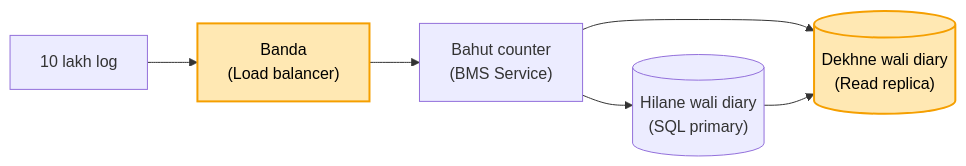
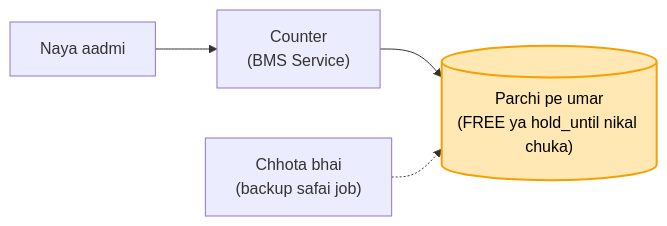
One commit to ArpanMaheshwari144/Prep changed the third of 6 diagrams in 04_HLD/SYSTEM_DESIGNS/09_bookmyshow/09_bookmyshow.md. Above: the diagram before and after it, drawn with Mermaid. The commit also changed other lines of this file and 17 other files, not shown here.

Commit message:
HLD: 17 main files hand notes se milaye (har block alag section, kahani + asli naam, mermaid), technical naam bhi rakhe

````diff
--- a/04_HLD/SYSTEM_DESIGNS/09_bookmyshow/09_bookmyshow.md
+++ b/04_HLD/SYSTEM_DESIGNS/09_bookmyshow/09_bookmyshow.md
@@ -77,10 +75,7 @@
 ```mermaid
 flowchart LR
-    U["10 lakh log"] --> LB["Banda<br/>(Load balancer)"]
-    LB --> S["Bahut counter<br/>(BMS Service)"]
-    S --> P[("Hilane wali diary<br/>(SQL primary)")]
-    S --> R[("Dekhne wali diary<br/>(Read replica)")]
-    P --> R
-    style LB fill:#ffe8b3,stroke:#f59f00,stroke-width:2px,color:#000
-    style R fill:#ffe8b3,stroke:#f59f00,stroke-width:2px,color:#000
+    N["Naya aadmi"] --> S["Counter<br/>(BMS Service)"]
+    S --> D[("Parchi pe umar<br/>(FREE ya hold_until nikal chuka)")]
+    J["Chhota bhai<br/>(backup safai job)"] -.-> D
+    style D fill:#ffe8b3,stroke:#f59f00,stroke-width:2px,color:#000
 ```
````
